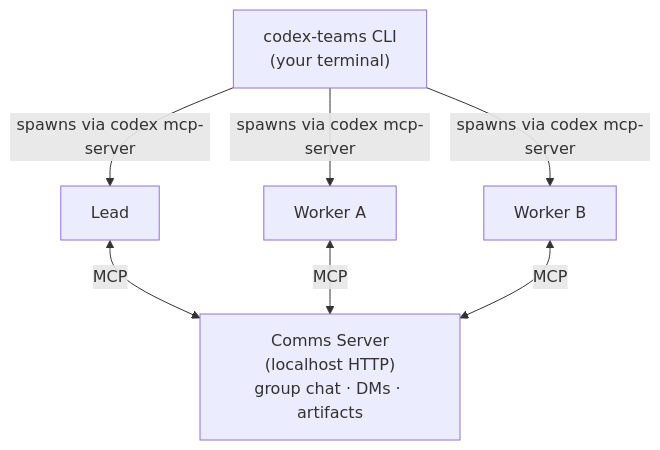
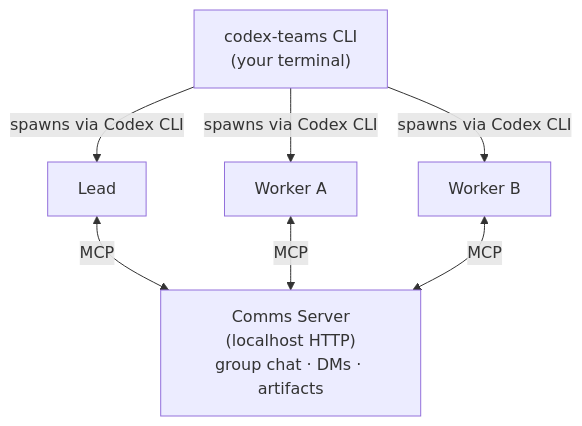
The diagram in .factory/skills/codex-teams/SKILL.md (skrabe/codex-teams), drawn with Mermaid before and after one commit. The commit also changed 2 other files, not shown here.

Commit message:
Fix Mermaid diagram: Codex CLI not mcp-server

````diff
--- a/.factory/skills/codex-teams/SKILL.md
+++ b/.factory/skills/codex-teams/SKILL.md
@@ -104,11 +104,11 @@
 ```mermaid
 graph TD
     CLI["codex-teams CLI<br/>(your terminal)"]
-    CLI -->|spawns via codex mcp-server| Lead["Lead"]
-    CLI -->|spawns via codex mcp-server| WA["Worker A"]
-    CLI -->|spawns via codex mcp-server| WB["Worker B"]
+    CLI -->|spawns via Codex CLI| Lead["Lead"]
+    CLI -->|spawns via Codex CLI| WA["Worker A"]
+    CLI -->|spawns via Codex CLI| WB["Worker B"]
     Comms["Comms Server<br/>(localhost HTTP)<br/>group chat · DMs · artifacts"]
     Lead <-->|MCP| Comms
     WA <-->|MCP| Comms
     WB <-->|MCP| Comms
 ```
````
